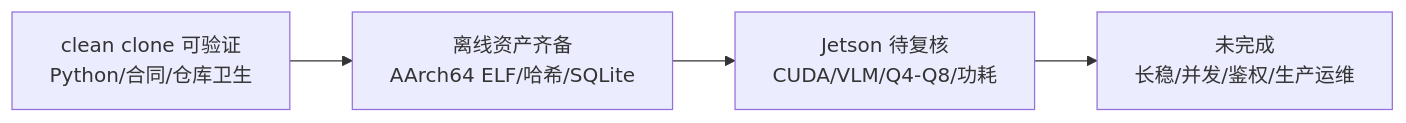
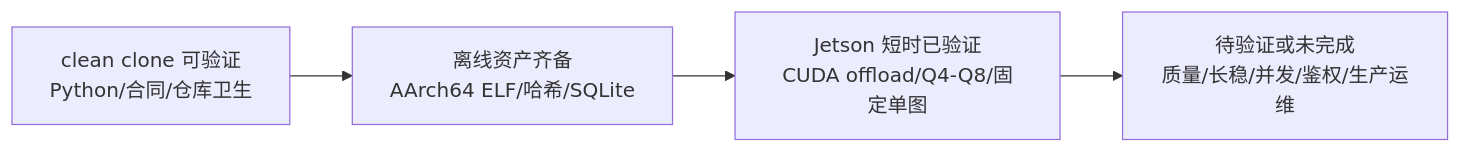
The third of 3 diagrams in docs/architecture.md (qingjiao-rousi/jetson-edge-assistant), drawn with Mermaid before and after one commit. The commit also changed other lines of this file and 9 other files, not shown here.

Commit message:
docs(roadmap): define portfolio baseline and optimization plan

````diff
--- a/docs/architecture.md
+++ b/docs/architecture.md
@@ -88,6 +88,6 @@
 ```mermaid
 flowchart LR
     A[clean clone 可验证\nPython/合同/仓库卫生] --> B[离线资产齐备\nAArch64 ELF/哈希/SQLite]
-    B --> C[Jetson 待复核\nCUDA/VLM/Q4-Q8/功耗]
-    C --> D[未完成\n长稳/并发/鉴权/生产运维]
+    B --> C[Jetson 短时已验证\nCUDA offload/Q4-Q8/固定单图]
+    C --> D[待验证或未完成\n质量/长稳/并发/鉴权/生产运维]
 ```
````
